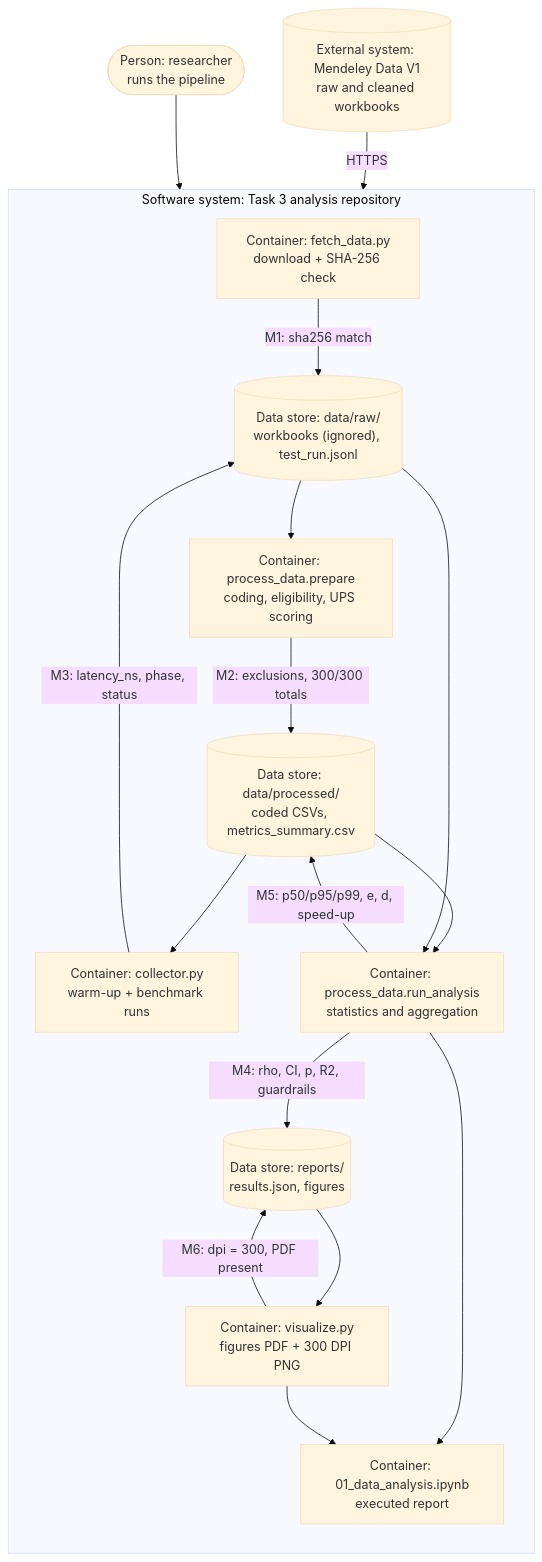
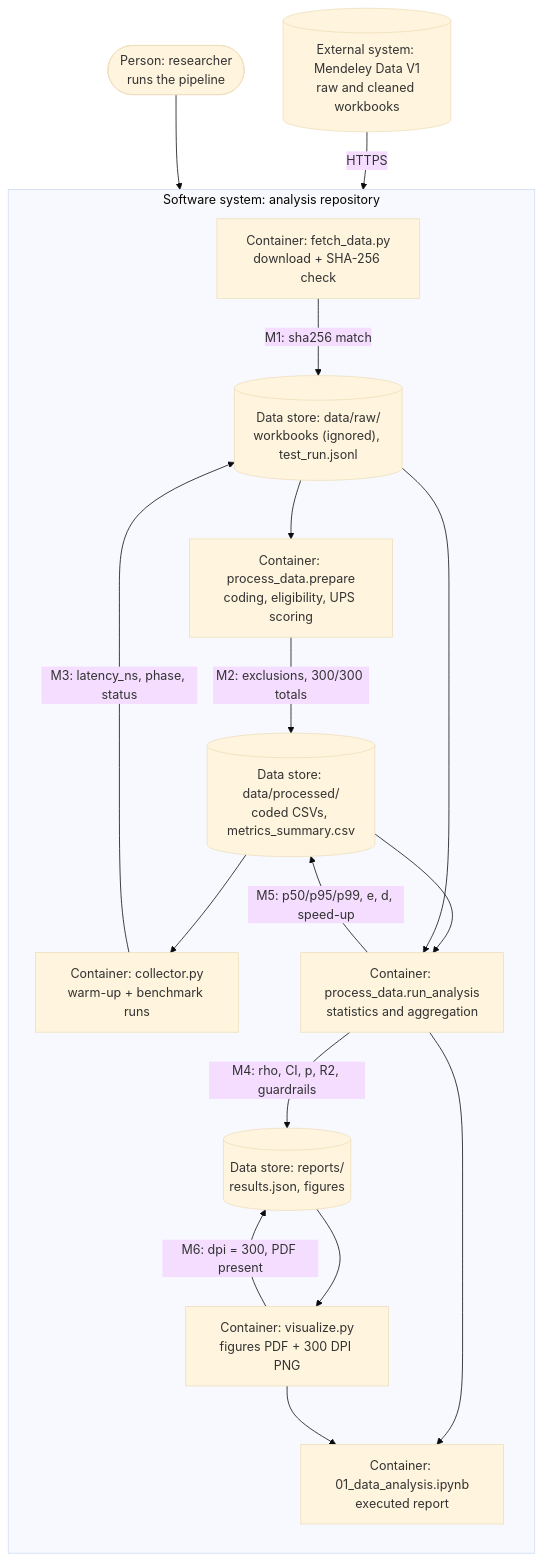
One commit to yernurkussain-source/TASK2_KUSSAIN_ZHAHYP changed the diagram in docs/domain_model.md. Above: the diagram before and after it, drawn with Mermaid (base theme). The commit also changed other lines of this file and 27 other files, not shown here.

````diff
--- a/docs/domain_model.md
+++ b/docs/domain_model.md
@@ -223,34 +223,34 @@
 ```mermaid
 flowchart TB
   researcher(["Person: researcher<br/>runs the pipeline"])
   mendeley[("External system: Mendeley Data V1<br/>raw and cleaned workbooks")]
 
-  subgraph repo["Software system: Task 3 analysis repository"]
+  subgraph repo["Software system: analysis repository"]
     direction TB
     fetch["Container: fetch_data.py<br/>download + SHA-256 check"]
     raw[("Data store: data/raw/<br/>workbooks (ignored), test_run.jsonl")]
     prep["Container: process_data.prepare<br/>coding, eligibility, UPS scoring"]
     proc[("Data store: data/processed/<br/>coded CSVs, metrics_summary.csv")]
     collect["Container: collector.py<br/>warm-up + benchmark runs"]
     stats["Container: process_data.run_analysis<br/>statistics and aggregation"]
     viz["Container: visualize.py<br/>figures PDF + 300 DPI PNG"]
     nb["Container: 01_data_analysis.ipynb<br/>executed report"]
     out[("Data store: reports/<br/>results.json, figures")]
   end
 
   researcher --> fetch
   mendeley -- "HTTPS" --> fetch
   fetch -- "M1: sha256 match" --> raw
   raw --> prep
   prep -- "M2: exclusions, 300/300 totals" --> proc
   proc --> collect
   collect -- "M3: latency_ns, phase, status" --> raw
   proc --> stats
   raw --> stats
   stats -- "M4: rho, CI, p, R2, guardrails" --> out
   stats -- "M5: p50/p95/p99, e, d, speed-up" --> proc
   out --> viz
   viz -- "M6: dpi = 300, PDF present" --> out
   stats --> nb
   viz --> nb
 ```
````
